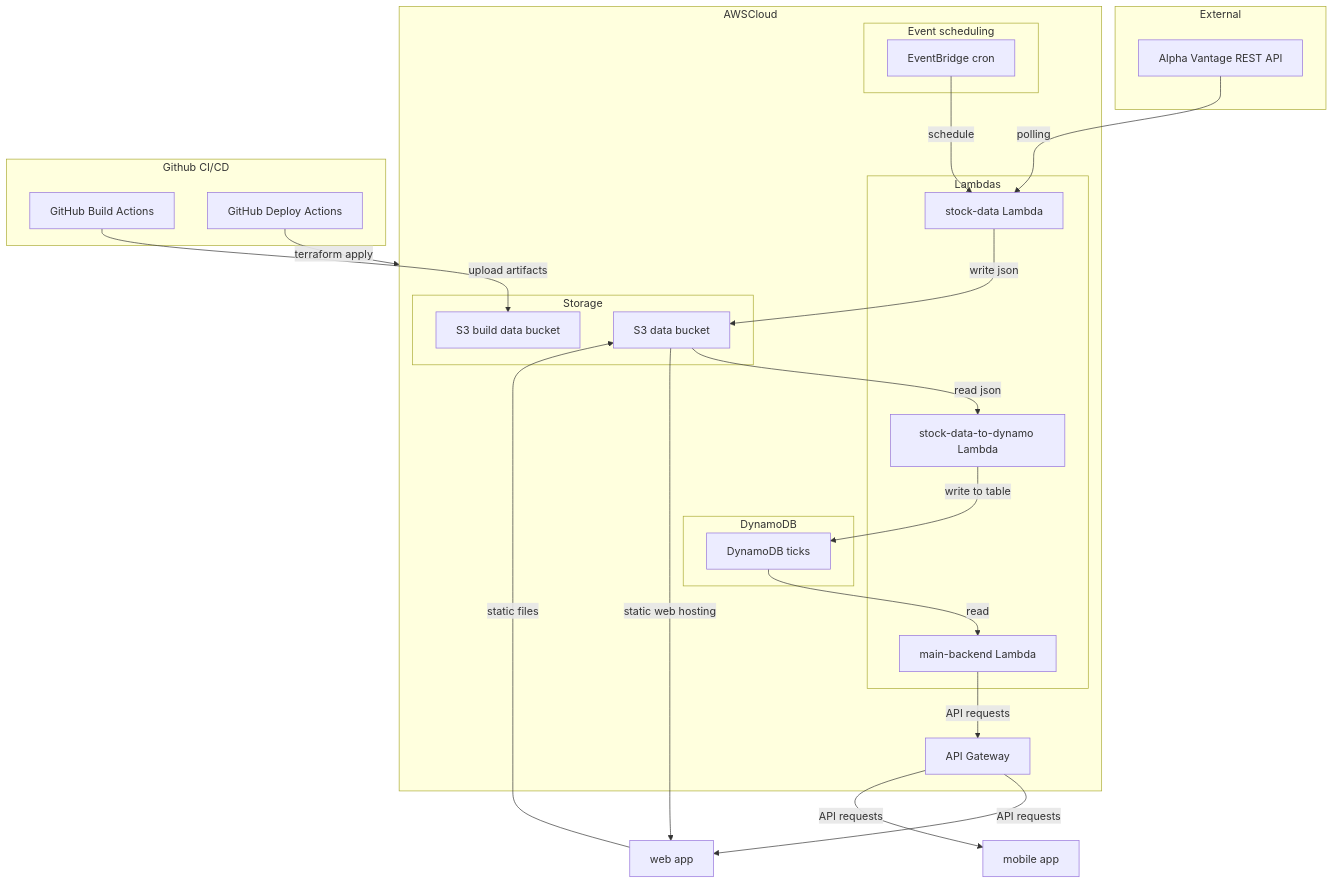
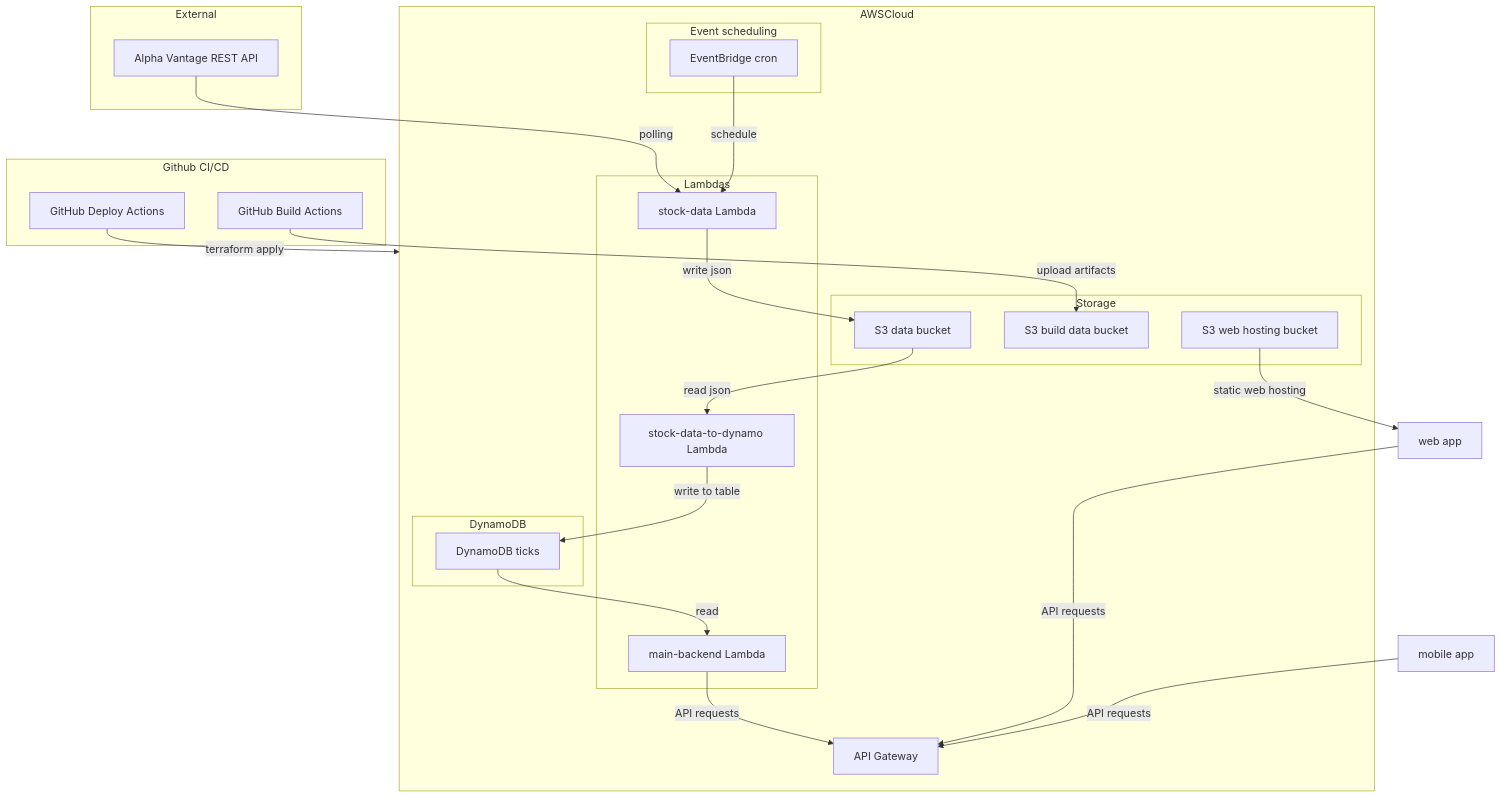
The diagram in profile/README.md (mss-showcase/.github), drawn with Mermaid before and after one commit.

Commit message:
infra diagram update

````diff
--- a/profile/README.md
+++ b/profile/README.md
@@ -25,51 +25,50 @@
 ```mermaid
 flowchart TB
   subgraph "External"
     alpha[Alpha Vantage REST API]
   end
 
   subgraph "AWSCloud"
     subgraph "Event scheduling"
       cron[EventBridge cron]
     end
     
     subgraph "Lambdas"
       stock[stock-data Lambda]
       proc[stock-data-to-dynamo Lambda]
       backend[main-backend Lambda]
     end
 
     subgraph "Storage"
       s3data[S3 data bucket]
       s3build[S3 build data bucket]
+	  s3webhosting[S3 web hosting bucket]
     end
 
     subgraph "DynamoDB"
       dynamo[DynamoDB ticks]
     end
 
     api[API Gateway]
   end
 
   subgraph "Github CI/CD"
     gha_build[GitHub Build Actions]
     gha_deploy[GitHub Deploy Actions]
   end
 
   alpha -->|polling| stock
   cron -->|schedule| stock
   stock -->|write json| s3data
   s3data -->|read json| proc
   proc -->|write to table| dynamo
   dynamo -->|read| backend
   backend -->|API requests| api
-  s3data --> |static web hosting| webfrontend[web app]
+  s3webhosting --> |static web hosting| webfrontend[web app]
 
   gha_build -->|upload artifacts| s3build
   gha_deploy -->|terraform apply| AWSCloud
 
-  api -->|API requests| webfrontend
-  api -->|API requests| mobilefrontend[mobile app]
-
-  webfrontend -->|static files| s3data
+  webfrontend -->|API requests| api
+  mobilefrontend[mobile app] -->|API requests| api
 ```
````
